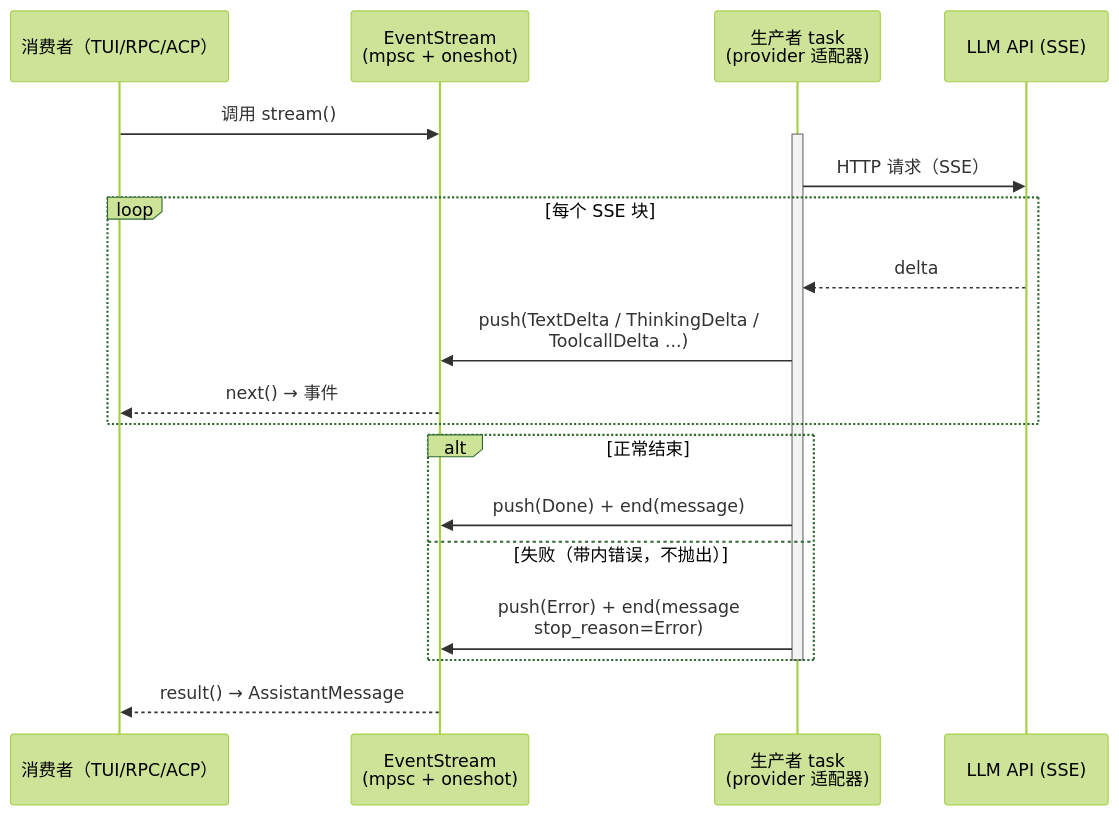
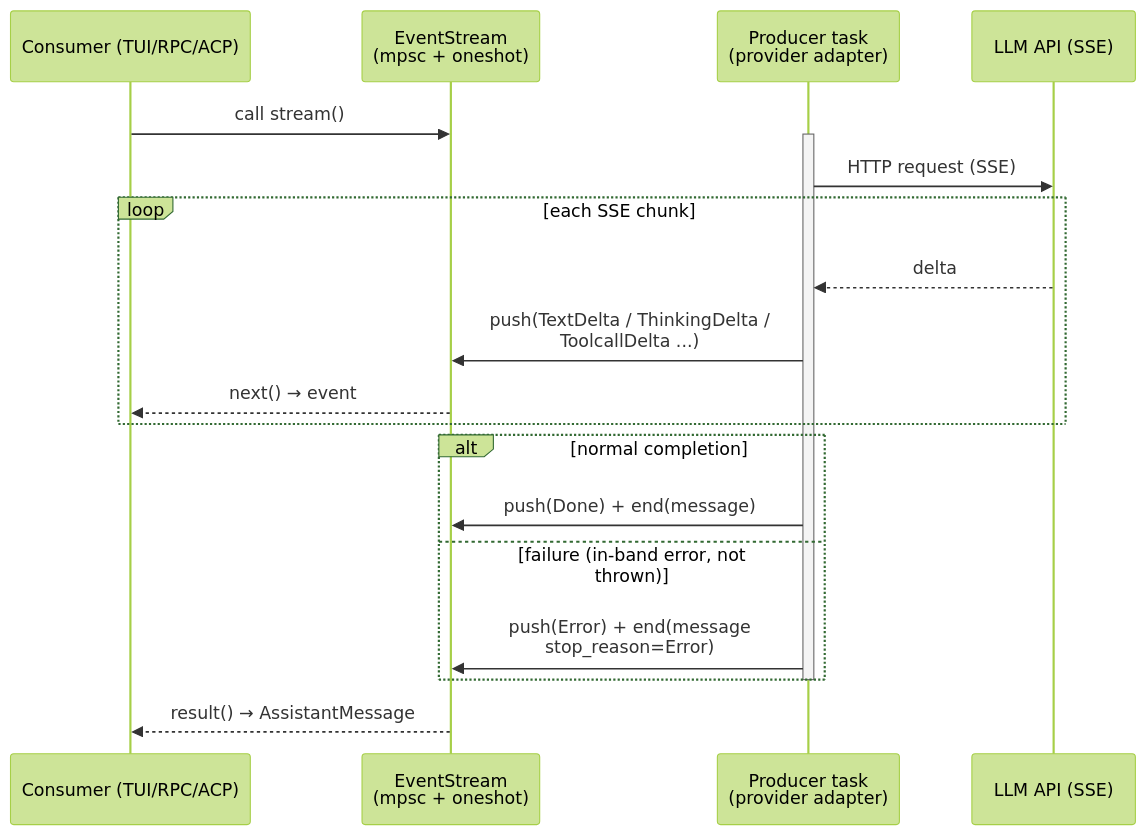
The third of 11 diagrams in docs/architecture.md (Tack-AI/tack), drawn with Mermaid (forest theme) before and after one commit. The commit also changed other lines of this file and 46 other files, not shown here.

````diff
--- a/docs/architecture.md
+++ b/docs/architecture.md
@@ -115,23 +123,23 @@
 ```mermaid
 sequenceDiagram
-    participant C as 消费者（TUI/RPC/ACP）
+    participant C as Consumer (TUI/RPC/ACP)
     participant S as EventStream<br/>(mpsc + oneshot)
-    participant P as 生产者 task<br/>(provider 适配器)
+    participant P as Producer task<br/>(provider adapter)
     participant LLM as LLM API (SSE)
 
-    C->>S: 调用 stream()
+    C->>S: call stream()
     activate P
-    P->>LLM: HTTP 请求（SSE）
-    loop 每个 SSE 块
+    P->>LLM: HTTP request (SSE)
+    loop each SSE chunk
         LLM-->>P: delta
         P->>S: push(TextDelta / ThinkingDelta /<br/>ToolcallDelta ...)
-        S-->>C: next() → 事件
+        S-->>C: next() → event
     end
-    alt 正常结束
+    alt normal completion
         P->>S: push(Done) + end(message)
-    else 失败（带内错误，不抛出）
+    else failure (in-band error, not thrown)
         P->>S: push(Error) + end(message<br/>stop_reason=Error)
     end
     deactivate P
     S-->>C: result() → AssistantMessage
 ```
````
